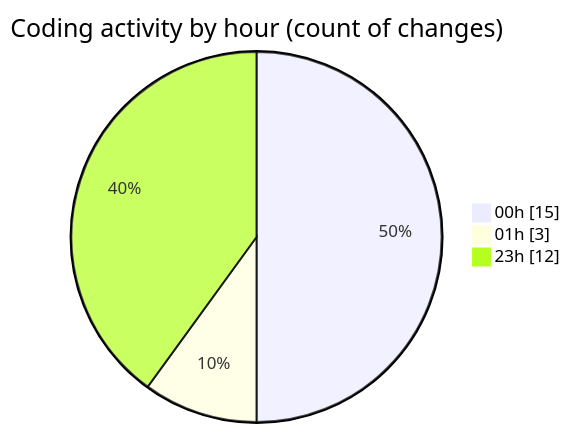
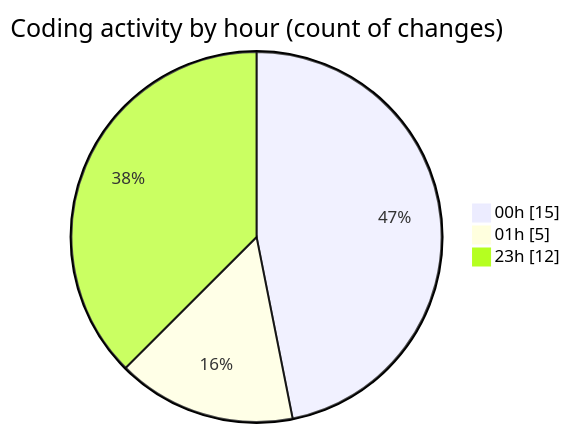
The second of 2 diagrams in 2025-10-31/eventscop-frontend-guide__workspace_/README.md (julien-gomy/code-tracking), drawn with Mermaid before and after one commit. The commit also changed other lines of this file and 1 other file, not shown here.

````diff
--- a/2025-10-31/eventscop-frontend-guide__workspace_/README.md
+++ b/2025-10-31/eventscop-frontend-guide__workspace_/README.md
@@ -35,7 +37,7 @@
 ```mermaid
 pie showData
 title Coding activity by hour (count of changes)
 "00h" : 15
-"01h" : 3
+"01h" : 5
 "23h" : 12
 ```
````
